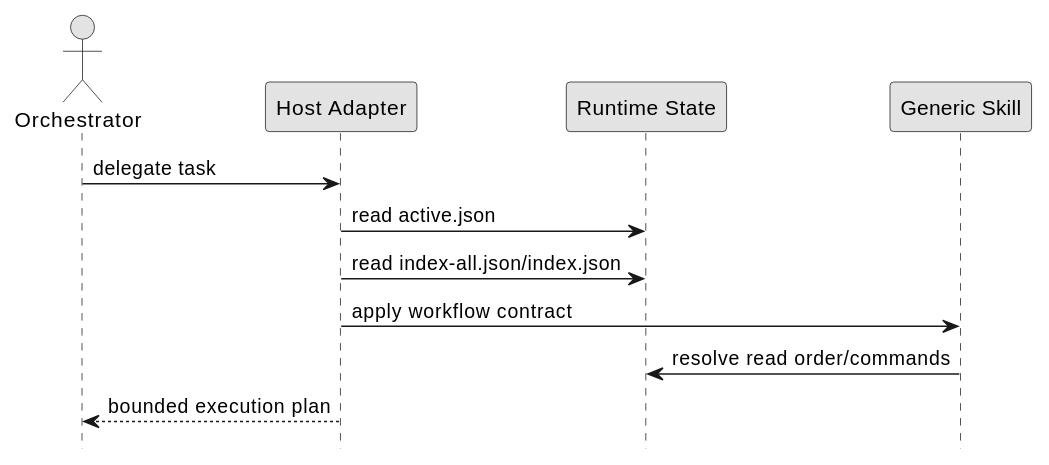
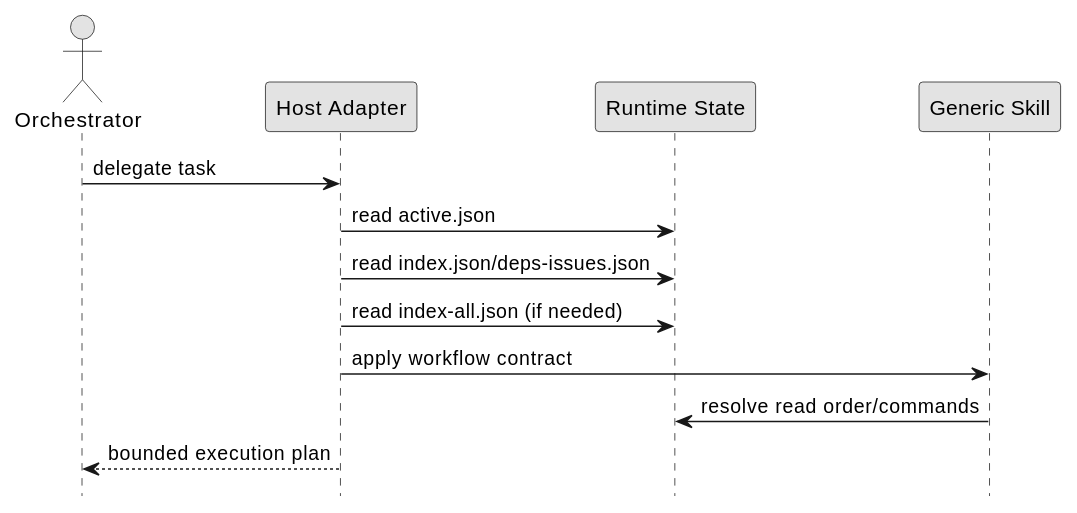
The third of 3 diagrams in spec-dock/initiatives/init-local-00002-prototype-feature-expansion/epics/epic-00048-agent-facing-interface-hardening-and-host-adapter-scaffolding/design.md (chemitaro/spec-dock), drawn with PlantUML before and after one commit. The commit also changed other lines of this file and 2 other files, not shown here.

````diff
--- a/spec-dock/initiatives/init-local-00002-prototype-feature-expansion/epics/epic-00048-agent-facing-interface-hardening-and-host-adapter-scaffolding/design.md
+++ b/spec-dock/initiatives/init-local-00002-prototype-feature-expansion/epics/epic-00048-agent-facing-interface-hardening-and-host-adapter-scaffolding/design.md
@@ -198,18 +221,19 @@
 ```plantuml
 @startuml
 skinparam monochrome true
 hide footbox
 
 actor Orchestrator
 participant "Host Adapter" as Adapter
 participant "Runtime State" as State
 participant "Generic Skill" as Skill
 
 Orchestrator -> Adapter: delegate task
 Adapter -> State: read active.json
-Adapter -> State: read index-all.json/index.json
+Adapter -> State: read index.json/deps-issues.json
+Adapter -> State: read index-all.json (if needed)
 Adapter -> Skill: apply workflow contract
 Skill -> State: resolve read order/commands
 Adapter --> Orchestrator: bounded execution plan
 @enduml
 ```
````
